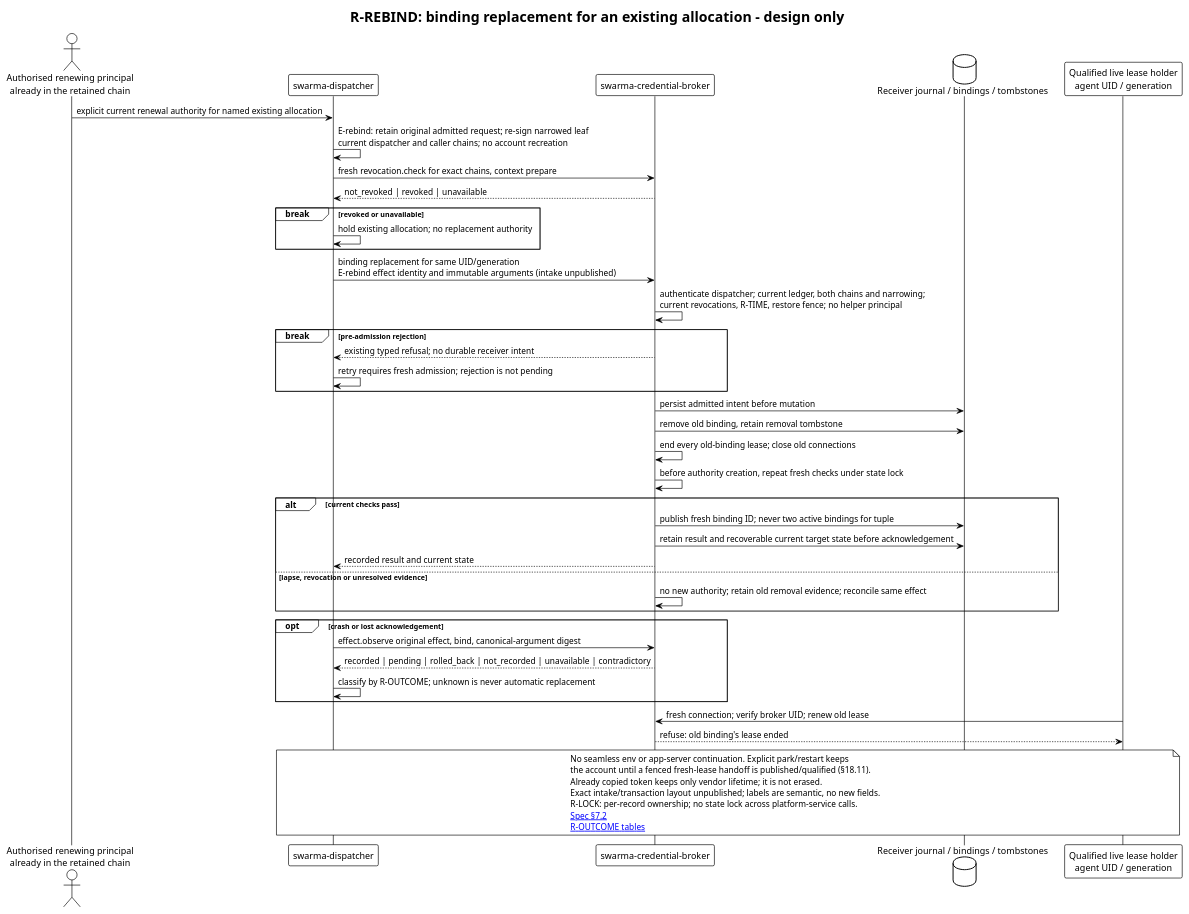
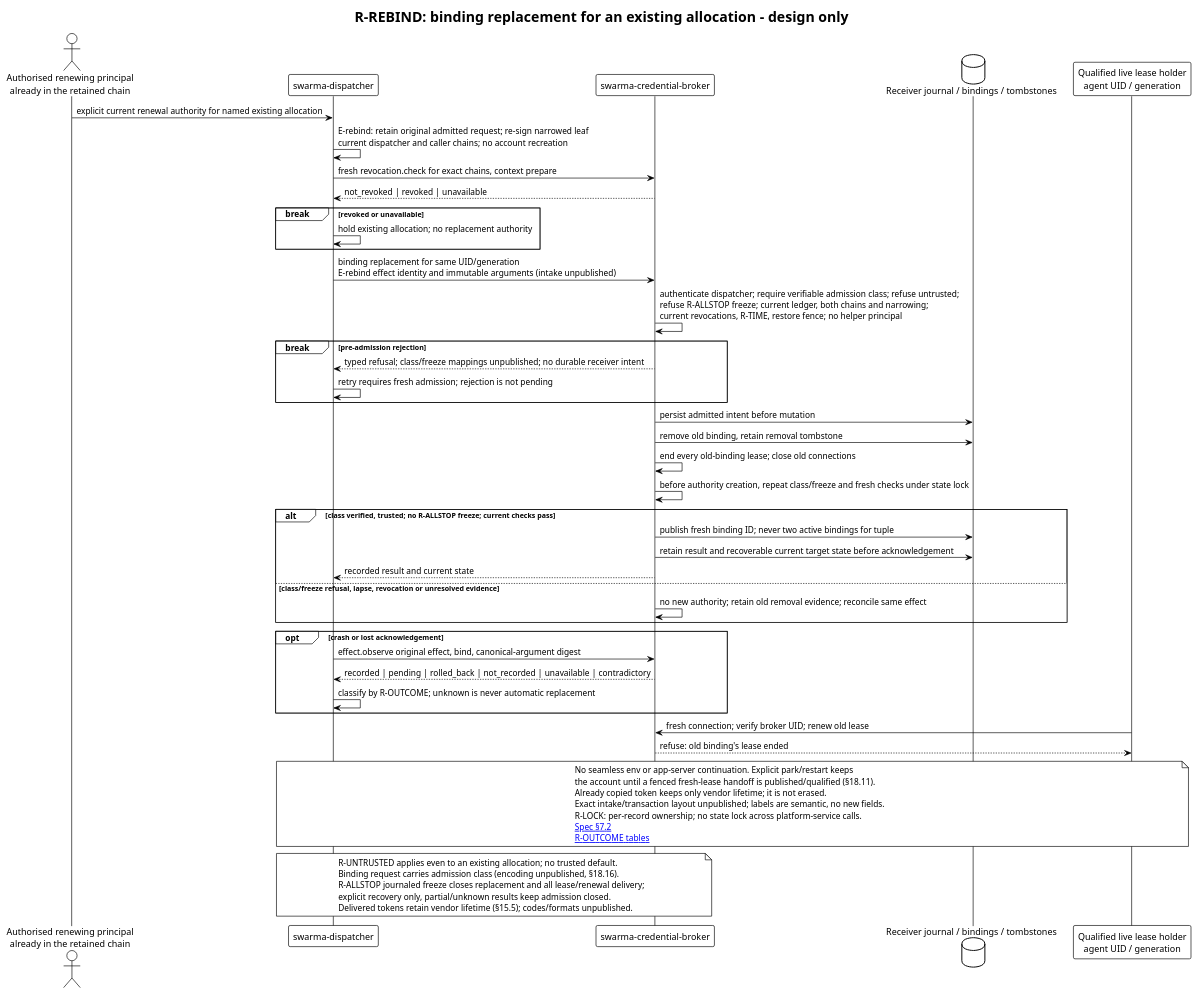
Before and after one commit to relux-works/swarma-credential-broker: the diagram in diagrams/binding-replacement.puml, drawn with PlantUML. The commit also changed 10 other files, not shown here.

First line of the commit message:
Apply the wave-5 owner decisions to the broker spec: no leases for the untrusted class, node-wide freeze, web-tool key custody question (TASK-261013-1v19zi)

```diff
--- a/diagrams/binding-replacement.puml
+++ b/diagrams/binding-replacement.puml
@@ -1,49 +1,56 @@
 @startuml binding-replacement
 !theme plain
 title R-REBIND: binding replacement for an existing allocation - design only
 actor "Authorised renewing principal\nalready in the retained chain" as P
 participant "swarma-dispatcher" as D
 participant "swarma-credential-broker" as B
 database "Receiver journal / bindings / tombstones" as S
 participant "Qualified live lease holder\nagent UID / generation" as E
 P -> D: explicit current renewal authority for named existing allocation
 D -> D: E-rebind: retain original admitted request; re-sign narrowed leaf\ncurrent dispatcher and caller chains; no account recreation
 D -> B: fresh revocation.check for exact chains, context prepare
 B --> D: not_revoked | revoked | unavailable
 break revoked or unavailable
   D -> D: hold existing allocation; no replacement authority
 end
 D -> B: binding replacement for same UID/generation\nE-rebind effect identity and immutable arguments (intake unpublished)
-B -> B: authenticate dispatcher; current ledger, both chains and narrowing;\ncurrent revocations, R-TIME, restore fence; no helper principal
+B -> B: authenticate dispatcher; require verifiable admission class; refuse untrusted;\nrefuse R-ALLSTOP freeze; current ledger, both chains and narrowing;\ncurrent revocations, R-TIME, restore fence; no helper principal
 break pre-admission rejection
-  B --> D: existing typed refusal; no durable receiver intent
+  B --> D: typed refusal; class/freeze mappings unpublished; no durable receiver intent
   D -> D: retry requires fresh admission; rejection is not pending
 end
 B -> S: persist admitted intent before mutation
 B -> S: remove old binding, retain removal tombstone
 B -> B: end every old-binding lease; close old connections
-B -> B: before authority creation, repeat fresh checks under state lock
-alt current checks pass
+B -> B: before authority creation, repeat class/freeze and fresh checks under state lock
+alt class verified, trusted; no R-ALLSTOP freeze; current checks pass
   B -> S: publish fresh binding ID; never two active bindings for tuple
   B -> S: retain result and recoverable current target state before acknowledgement
   B --> D: recorded result and current state
-else lapse, revocation or unresolved evidence
+else class/freeze refusal, lapse, revocation or unresolved evidence
   B -> B: no new authority; retain old removal evidence; reconcile same effect
 end
 opt crash or lost acknowledgement
   D -> B: effect.observe original effect, bind, canonical-argument digest
   B --> D: recorded | pending | rolled_back | not_recorded | unavailable | contradictory
   D -> D: classify by R-OUTCOME; unknown is never automatic replacement
 end
 E -> B: fresh connection; verify broker UID; renew old lease
 B --> E: refuse: old binding's lease ended
 note over D,E
   No seamless env or app-server continuation. Explicit park/restart keeps
   the account until a fenced fresh-lease handoff is published/qualified (§18.11).
   Already copied token keeps only vendor lifetime; it is not erased.
   Exact intake/transaction layout unpublished; labels are semantic, no new fields.
   R-LOCK: per-record ownership; no state lock across platform-service calls.
   [[../spec/broker.md#72-creating-and-removing Spec §7.2]]
   [[../spec/broker.md#132-methods R-OUTCOME tables]]
 end note
+note over D,B
+  R-UNTRUSTED applies even to an existing allocation; no trusted default.
+  Binding request carries admission class (encoding unpublished, §18.16).
+  R-ALLSTOP journaled freeze closes replacement and all lease/renewal delivery;
+  explicit recovery only, partial/unknown results keep admission closed.
+  Delivered tokens retain vendor lifetime (§15.5); codes/formats unpublished.
+end note
 @enduml
```
